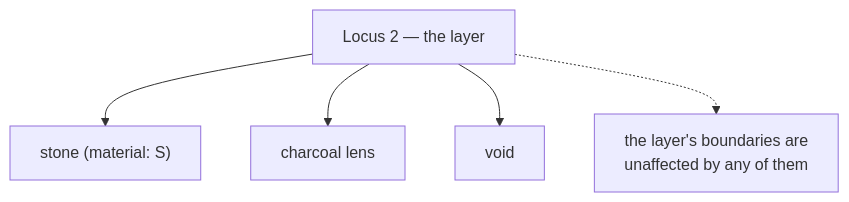
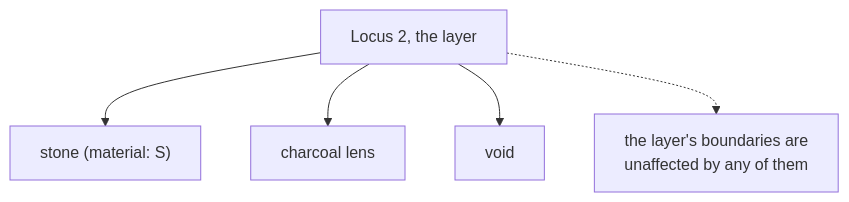
One commit to jennarbates/StratigraphyGenerator changed the diagram in docs/archaeology/feature.md. Above: the diagram before and after it, drawn with Mermaid. The commit also changed other lines of this file and 309 other files, not shown here.

````diff
--- a/docs/archaeology/feature.md
+++ b/docs/archaeology/feature.md
@@ -41,8 +41,8 @@
 ```mermaid
 flowchart TB
-  L["Locus 2 — the layer"]
+  L["Locus 2, the layer"]
   L --> F1["stone (material: S)"]
   L --> F2["charcoal lens"]
   L --> F3["void"]
   L -.-> B["the layer's boundaries are<br/>unaffected by any of them"]
 ```
````
